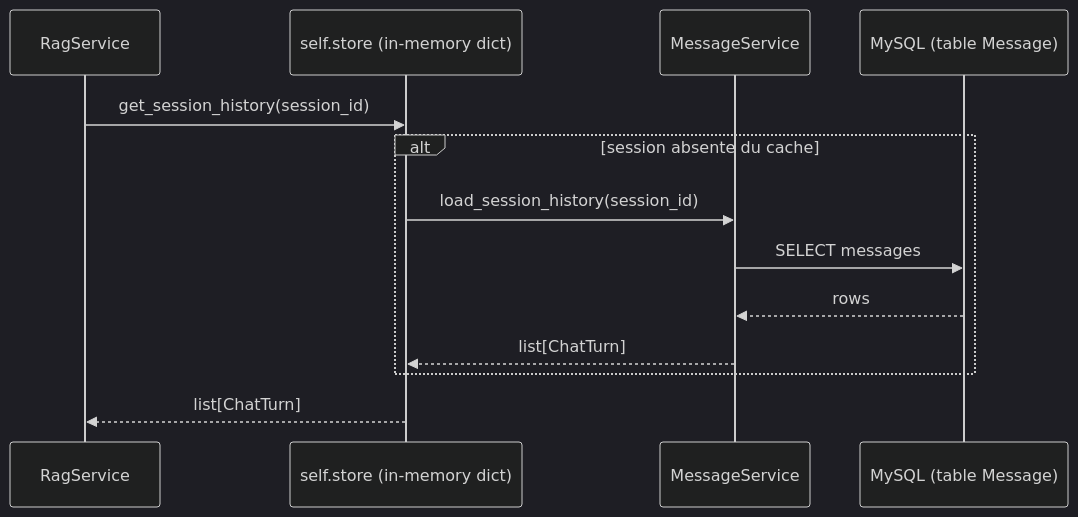
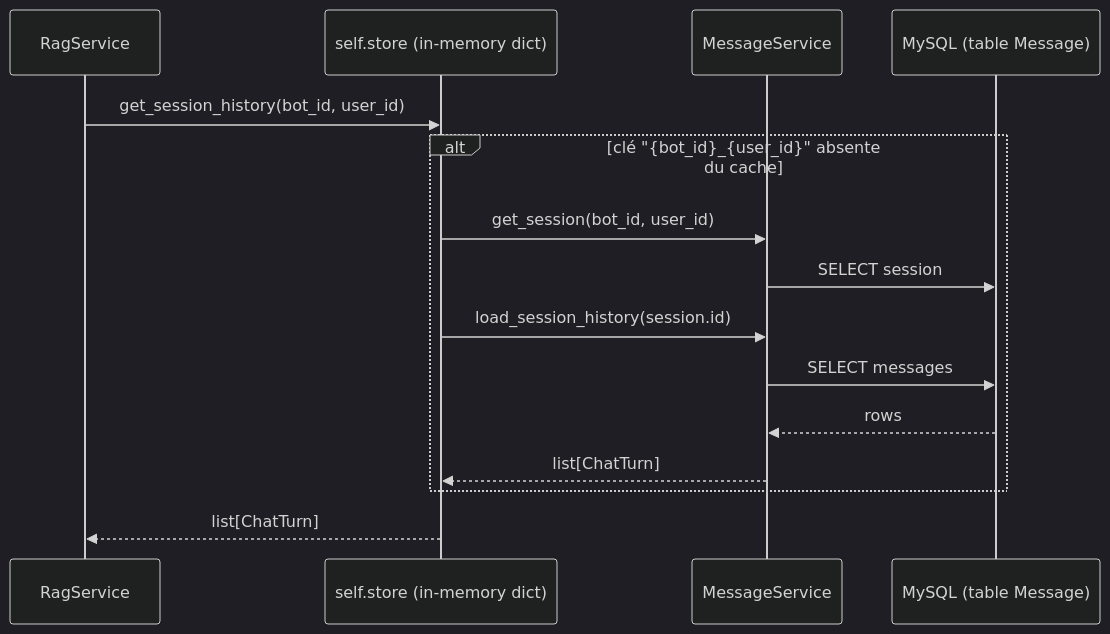
One commit to pierrefaraco/bot-factory changed the fourth of 6 diagrams in server/doc/LANGCHAIN_ARCHITECTURE.md. Above: the diagram before and after it, drawn with Mermaid (dark theme). The commit also changed other lines of this file, not shown here.

First line of the commit message:
Bring LANGCHAIN_ARCHITECTURE.md up to date with the code

````diff
--- a/server/doc/LANGCHAIN_ARCHITECTURE.md
+++ b/server/doc/LANGCHAIN_ARCHITECTURE.md
@@ -292,16 +319,18 @@
 ```mermaid
 sequenceDiagram
     participant RAG as RagService
     participant Store as self.store (in-memory dict)
     participant MSG as MessageService
     participant DB as MySQL (table Message)
 
-    RAG->>Store: get_session_history(session_id)
-    alt session absente du cache
-        Store->>MSG: load_session_history(session_id)
+    RAG->>Store: get_session_history(bot_id, user_id)
+    alt clé "{bot_id}_{user_id}" absente du cache
+        Store->>MSG: get_session(bot_id, user_id)
+        MSG->>DB: SELECT session
+        Store->>MSG: load_session_history(session.id)
         MSG->>DB: SELECT messages
         DB-->>MSG: rows
         MSG-->>Store: list[ChatTurn]
     end
     Store-->>RAG: list[ChatTurn]
 ```
````
